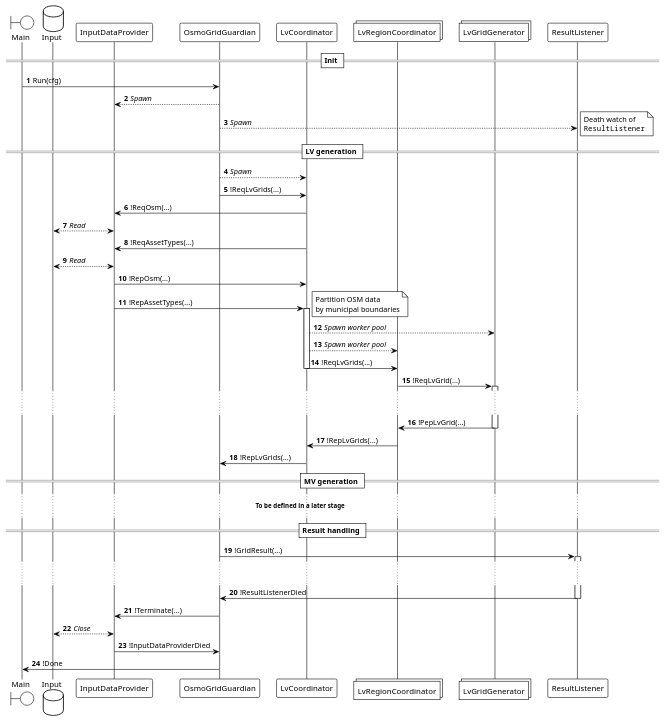
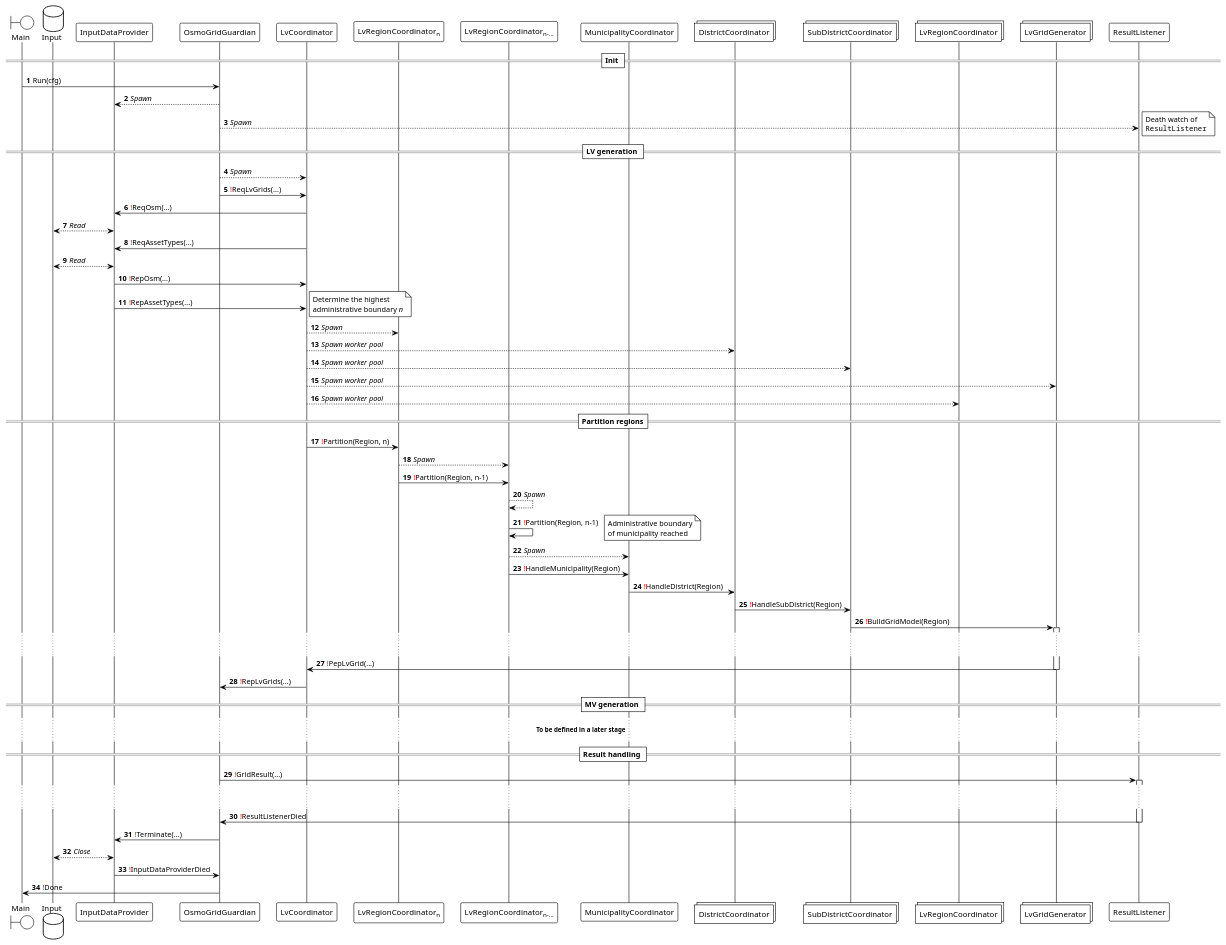
One commit to ie3-institute/OSMoGrid changed the diagram in docs/puml/protocol/protocol.puml. Above: the diagram before and after it, drawn with PlantUML.

Commit message:
Adapt protocol

```diff
--- a/docs/puml/protocol/protocol.puml
+++ b/docs/puml/protocol/protocol.puml
@@ -1,65 +1,88 @@
 @startuml
 'https://plantuml.com/sequence-diagram
 
 !theme plain
 autonumber
 
 boundary Main
 database Input
 participant InputDataProvider
 participant OsmoGridGuardian
 participant LvCoordinator
+participant "LvRegionCoordinator<sub>n</sub>"
+participant "LvRegionCoordinator<sub>n-...</sub>"
+participant MunicipalityCoordinator
+collections DistrictCoordinator
+collections SubDistrictCoordinator
 collections LvRegionCoordinator
 collections LvGridGenerator
 participant ResultListener
 
 == Init ==
 Main -> OsmoGridGuardian: Run(cfg)
 OsmoGridGuardian --> InputDataProvider: //Spawn//
 
 OsmoGridGuardian --> ResultListener: //Spawn//
 note right: Death watch of\n""ResultListener""
 
 == LV generation ==
 OsmoGridGuardian --> LvCoordinator: //Spawn//
-OsmoGridGuardian -> LvCoordinator: !ReqLvGrids(...)
-LvCoordinator -> InputDataProvider: !ReqOsm(...)
+OsmoGridGuardian -> LvCoordinator: <font color="red">!</font>ReqLvGrids(...)
+LvCoordinator -> InputDataProvider: <font color="red">!</font>ReqOsm(...)
 InputDataProvider <--> Input: //Read//
-LvCoordinator -> InputDataProvider: !ReqAssetTypes(...)
+LvCoordinator -> InputDataProvider: <font color="red">!</font>ReqAssetTypes(...)
 InputDataProvider <--> Input: //Read//
-InputDataProvider -> LvCoordinator: !RepOsm(...)
-InputDataProvider -> LvCoordinator: !RepAssetTypes(...)
-activate LvCoordinator
-note right: Partition OSM data\nby municipal boundaries
+InputDataProvider -> LvCoordinator: <font color="red">!</font>RepOsm(...)
+InputDataProvider -> LvCoordinator: <font color="red">!</font>RepAssetTypes(...)
+note right: Determine the highest\nadministrative boundary //n//
+LvCoordinator --> "LvRegionCoordinator<sub>n</sub>": //Spawn//
+LvCoordinator --> DistrictCoordinator: //Spawn worker pool//
+LvCoordinator --> SubDistrictCoordinator: //Spawn worker pool//
 LvCoordinator --> LvGridGenerator: //Spawn worker pool//
 LvCoordinator --> LvRegionCoordinator: //Spawn worker pool//
 
-LvCoordinator -> LvRegionCoordinator: !ReqLvGrids(...)
-deactivate LvCoordinator
-LvRegionCoordinator -> LvGridGenerator: !ReqLvGrid(...)
+==Partition regions==
+
+LvCoordinator -> "LvRegionCoordinator<sub>n</sub>": <font color="red">!</font>Partition(Region, n)
+"LvRegionCoordinator<sub>n</sub>" --> "LvRegionCoordinator<sub>n-...</sub>": //Spawn//
+"LvRegionCoordinator<sub>n</sub>" -> "LvRegionCoordinator<sub>n-...</sub>": <font color="red">!</font>Partition(Region, n-1)
+"LvRegionCoordinator<sub>n-...</sub>" --> "LvRegionCoordinator<sub>n-...</sub>": //Spawn//
+"LvRegionCoordinator<sub>n-...</sub>" -> "LvRegionCoordinator<sub>n-...</sub>": <font color="red">!</font>Partition(Region, n-1)
+note right: Administrative boundary\nof municipality reached
+
+"LvRegionCoordinator<sub>n-...</sub>" --> MunicipalityCoordinator: //Spawn//
+"LvRegionCoordinator<sub>n-...</sub>" -> MunicipalityCoordinator: <font color="red">!</font>HandleMunicipality(Region)
+
+MunicipalityCoordinator -> DistrictCoordinator: <font color="red">!</font>HandleDistrict(Region)
+
+DistrictCoordinator -> SubDistrictCoordinator: <font color="red">!</font>HandleSubDistrict(Region)
+
+SubDistrictCoordinator -> LvGridGenerator: <font color="red">!</font>BuildGridModel(Region)
+
+'TODO: Refactor from here
+
 activate LvGridGenerator
 ... ...
-LvGridGenerator -> LvRegionCoordinator: !PepLvGrid(...)
+LvGridGenerator -> LvCoordinator: <font color="red">!</font>PepLvGrid(...)
 deactivate LvGridGenerator
 
-LvRegionCoordinator -> LvCoordinator: !RepLvGrids(...)
-LvCoordinator -> OsmoGridGuardian: !RepLvGrids(...)
+LvCoordinator -> OsmoGridGuardian: <font color="red">!</font>RepLvGrids(...)
 
 == MV generation ==
 ... **To be defined in a later stage** ...
 
 == Result handling ==
-OsmoGridGuardian -> ResultListener: !GridResult(...)
+OsmoGridGuardian -> ResultListener: <font color="red">!</font>GridResult(...)
 activate ResultListener
 ... ...
-ResultListener -> OsmoGridGuardian: !ResultListenerDied
+ResultListener -> OsmoGridGuardian: <font color="red">!</font>ResultListenerDied
 deactivate ResultListener
-OsmoGridGuardian -> InputDataProvider: !Terminate(...)
+OsmoGridGuardian -> InputDataProvider: <font color="red">!</font>Terminate(...)
 InputDataProvider <--> Input: //Close//
-InputDataProvider -> OsmoGridGuardian: !InputDataProviderDied
+InputDataProvider -> OsmoGridGuardian: <font color="red">!</font>InputDataProviderDied
 
-OsmoGridGuardian -> Main: !Done
+OsmoGridGuardian -> Main: <font color="red">!</font>Done
 
 'TODO: Don't forget to spawn and initialize the ResultListener
 
 @enduml
```
